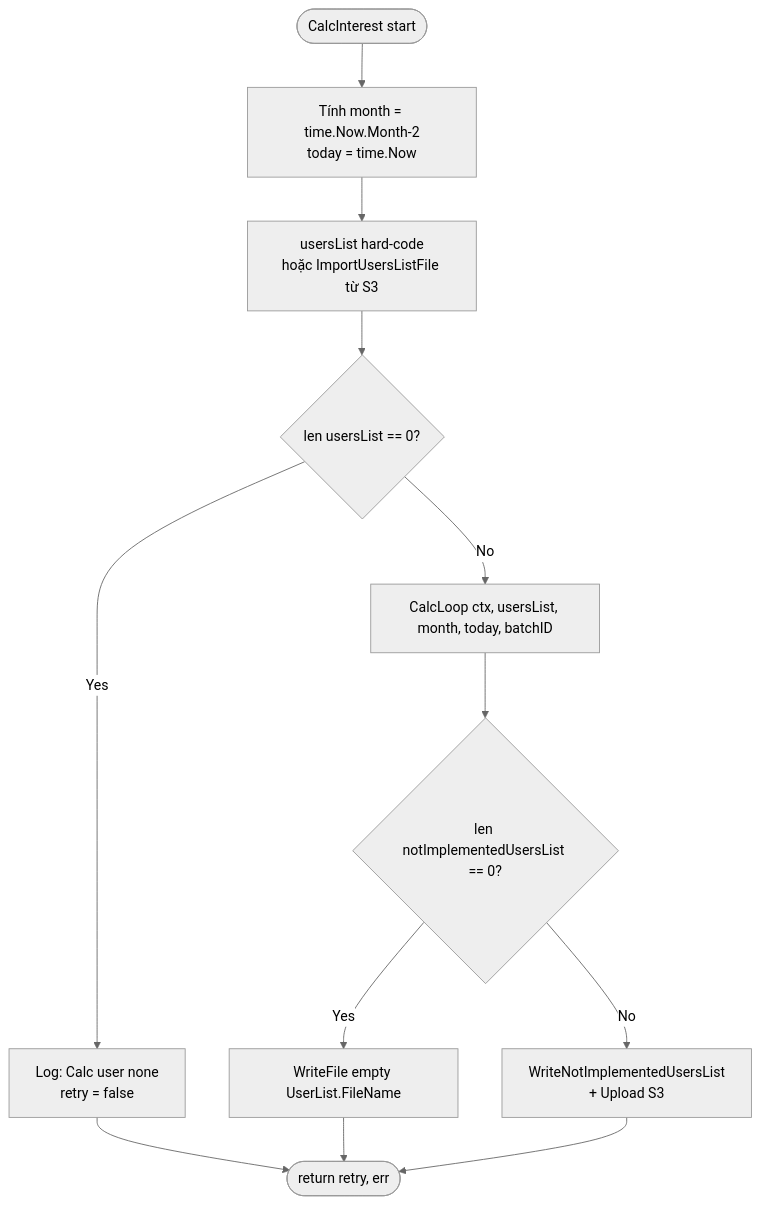
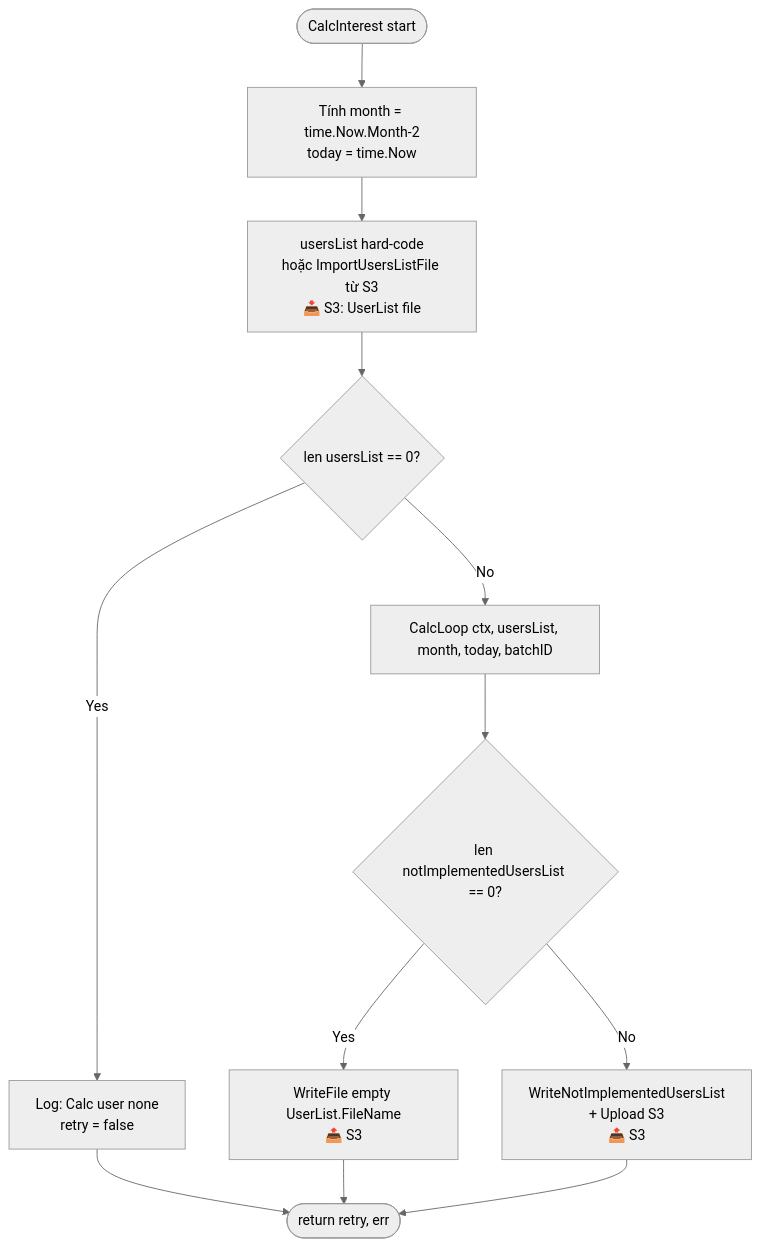
Before and after one commit to tungvv318/git-talk: the second of 12 diagrams in README.md, drawn with Mermaid (neutral theme). The commit also changed other lines of this file, not shown here.

````diff
--- a/README.md
+++ b/README.md
@@ -24,14 +26,14 @@
 ```mermaid
 flowchart TD
     A([CalcInterest start]) --> B[Tính month = time.Now.Month-2<br/>today = time.Now]
-    B --> C[usersList hard-code<br/>hoặc ImportUsersListFile từ S3]
+    B --> C[usersList hard-code<br/>hoặc ImportUsersListFile từ S3<br/>📥 S3: UserList file]
     C --> D{len usersList == 0?}
     D -- Yes --> E[Log: Calc user none<br/>retry = false]
     D -- No --> F[CalcLoop ctx, usersList, month, today, batchID]
     F --> G{len notImplementedUsersList == 0?}
-    G -- Yes --> H[WriteFile empty UserList.FileName]
-    G -- No --> I[WriteNotImplementedUsersList<br/>+ Upload S3]
+    G -- Yes --> H[WriteFile empty UserList.FileName<br/>📤 S3]
+    G -- No --> I[WriteNotImplementedUsersList<br/>+ Upload S3<br/>📤 S3]
     E --> Z([return retry, err])
     H --> Z
     I --> Z
 ```
````
